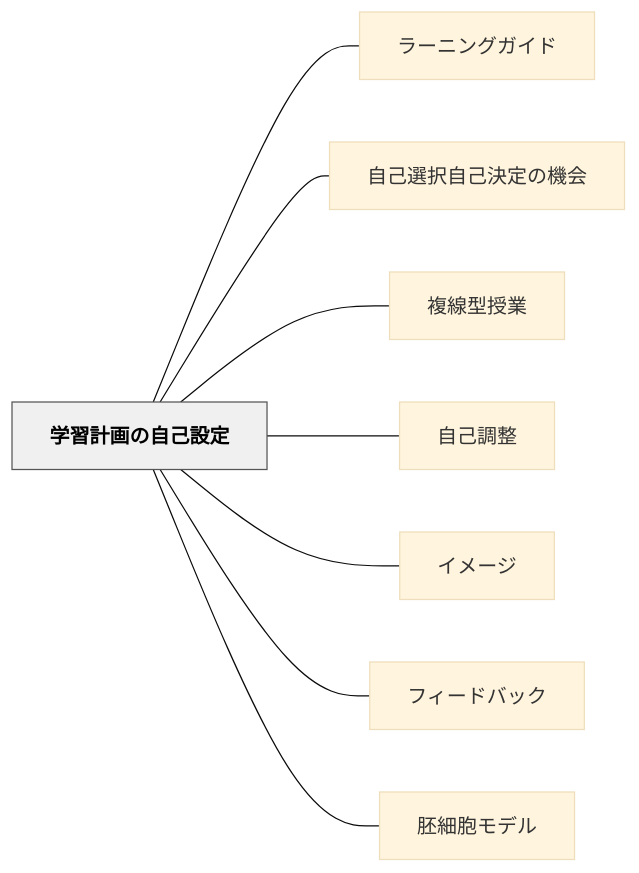
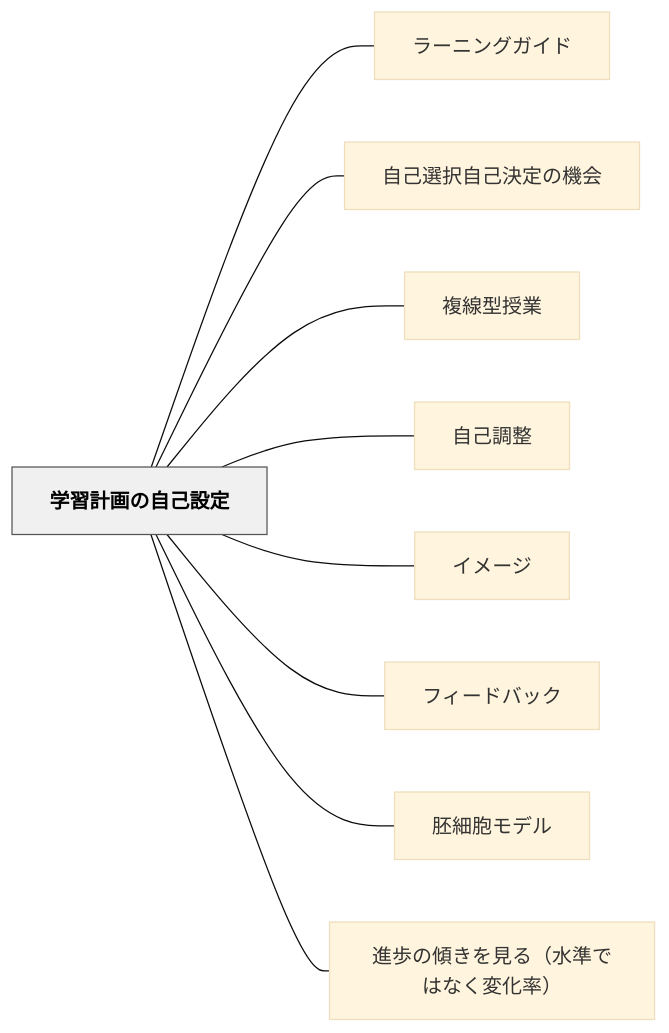
Before and after one commit to unknownthings-ed-patterns/unknownthings-ed-patterns: the diagram in content/パタン/学習計画の自己設定.md, drawn with Mermaid (base theme). The commit also changed other lines of this file and 26 other files, not shown here.

````diff
--- a/content/パタン/学習計画の自己設定.md
+++ b/content/パタン/学習計画の自己設定.md
@@ -76,22 +77,24 @@
 ```mermaid
 flowchart LR
     ne5ada6e7bf92e8a888e794bbe381aee887aae5b7b1e8a8ade5ae9a["学習計画の自己設定"]
     ne383a9e383bce3838be383b3e382b0e382ace382a4e38389["ラーニングガイド"]
     ne887aae5b7b1e981b8e68a9ee887aae5b7b1e6b1bae5ae9ae381aee6a99fe4bc9a["自己選択自己決定の機会"]
     ne8a487e7b79ae59e8be68e88e6a5ad["複線型授業"]
     ne887aae5b7b1e8aabfe695b4["自己調整"]
     ne382a4e383a1e383bce382b8["イメージ"]
     ne38395e382a3e383bce38389e38390e38383e382af["フィードバック"]
     ne8839ae7b4b0e8839ee383a2e38387e383ab["胚細胞モデル"]
+    ne980b2e6ada9e381aee582bee3818de38292e8a68be3828befbc88e6b0b4e6ba96e381a7e381afe381aae3818fe5a489e58c96e78e87efbc89["進歩の傾きを見る（水準ではなく変化率）"]
 
     ne5ada6e7bf92e8a888e794bbe381aee887aae5b7b1e8a8ade5ae9a --- ne383a9e383bce3838be383b3e382b0e382ace382a4e38389
     ne5ada6e7bf92e8a888e794bbe381aee887aae5b7b1e8a8ade5ae9a --- ne887aae5b7b1e981b8e68a9ee887aae5b7b1e6b1bae5ae9ae381aee6a99fe4bc9a
     ne5ada6e7bf92e8a888e794bbe381aee887aae5b7b1e8a8ade5ae9a --- ne8a487e7b79ae59e8be68e88e6a5ad
     ne5ada6e7bf92e8a888e794bbe381aee887aae5b7b1e8a8ade5ae9a --- ne887aae5b7b1e8aabfe695b4
     ne5ada6e7bf92e8a888e794bbe381aee887aae5b7b1e8a8ade5ae9a --- ne382a4e383a1e383bce382b8
     ne5ada6e7bf92e8a888e794bbe381aee887aae5b7b1e8a8ade5ae9a --- ne38395e382a3e383bce38389e38390e38383e382af
     ne5ada6e7bf92e8a888e794bbe381aee887aae5b7b1e8a8ade5ae9a --- ne8839ae7b4b0e8839ee383a2e38387e383ab
+    ne5ada6e7bf92e8a888e794bbe381aee887aae5b7b1e8a8ade5ae9a --- ne980b2e6ada9e381aee582bee3818de38292e8a68be3828befbc88e6b0b4e6ba96e381a7e381afe381aae3818fe5a489e58c96e78e87efbc89
 
     classDef hub fill:#f0f0f0,stroke:#555,color:#000,font-weight:bold
     class ne5ada6e7bf92e8a888e794bbe381aee887aae5b7b1e8a8ade5ae9a hub
 ```
````
